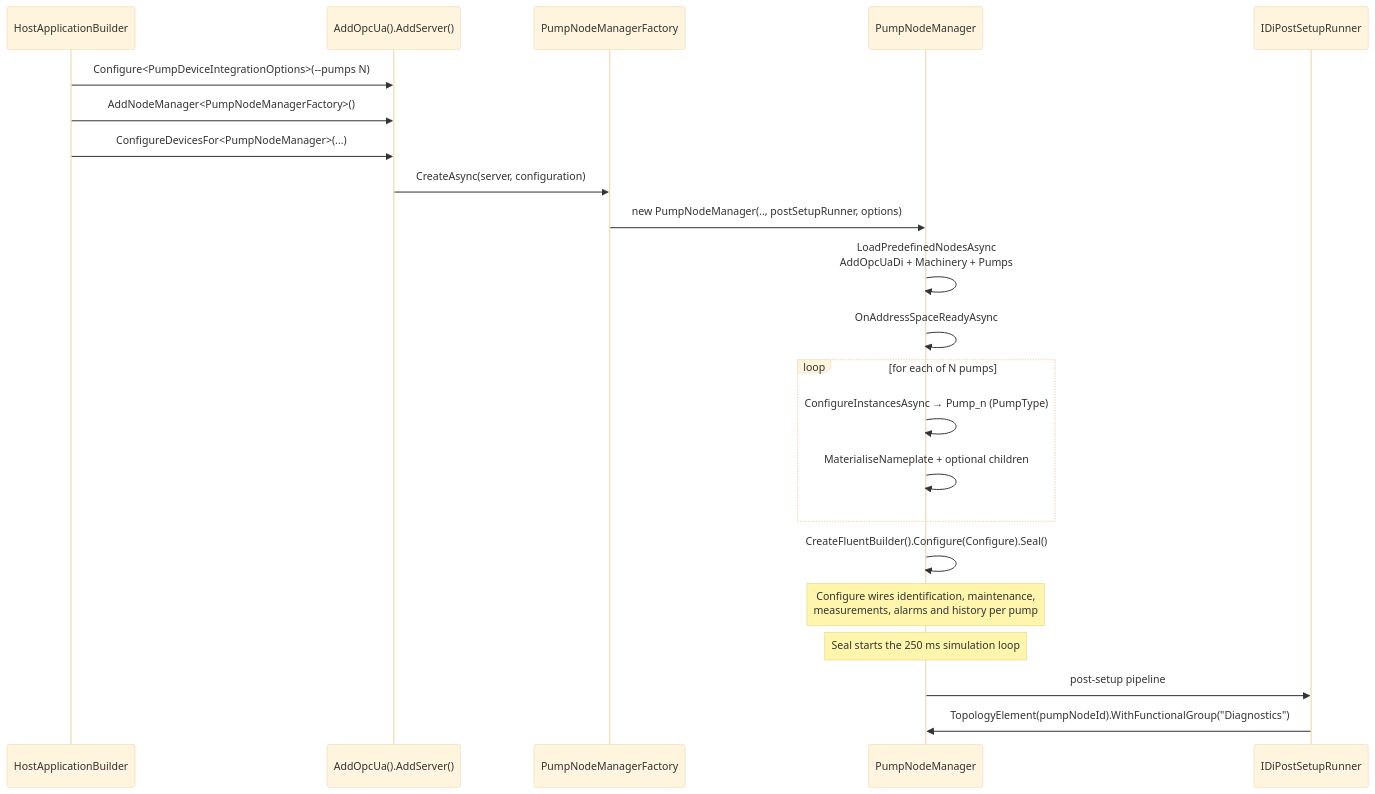
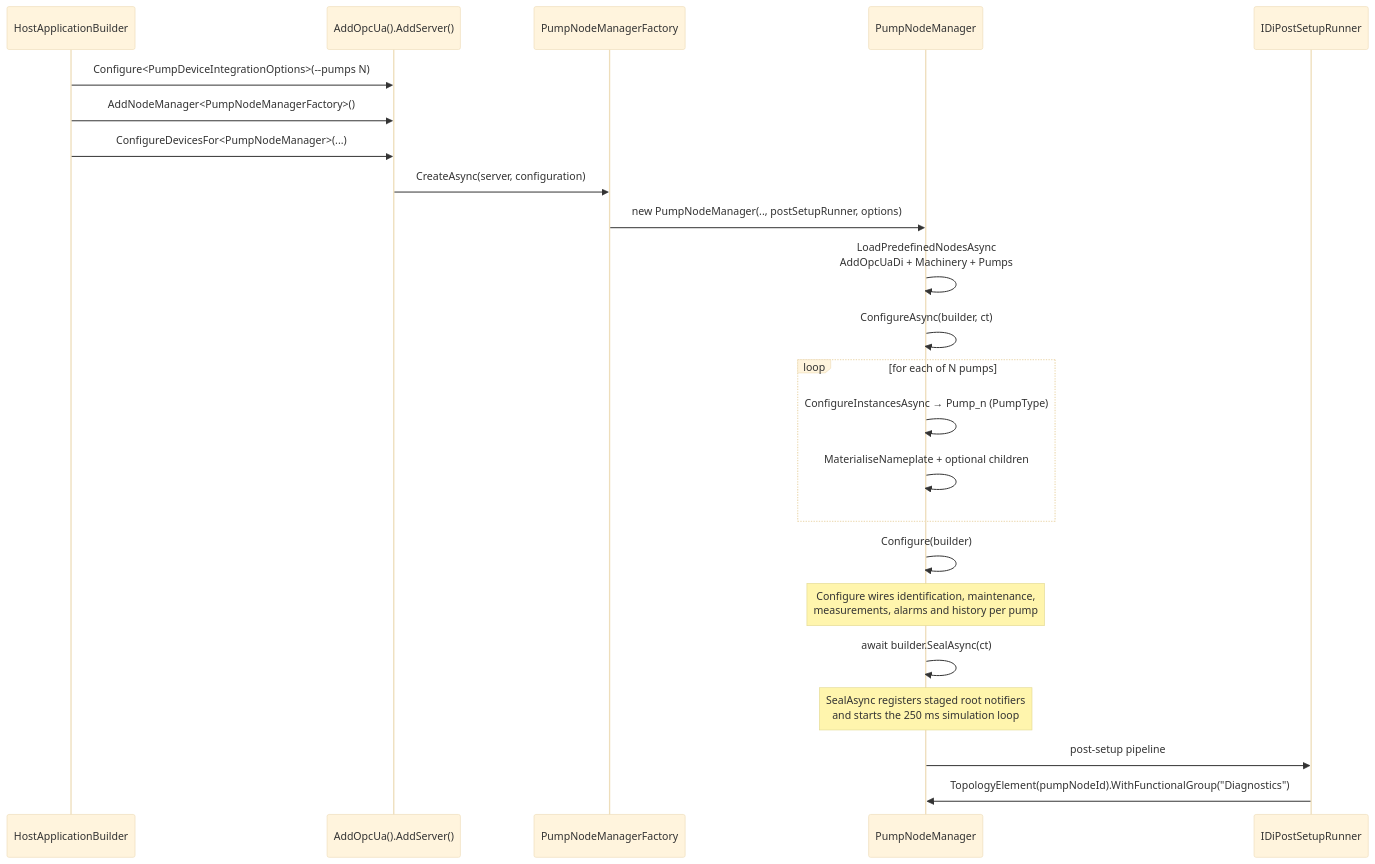
The second of 3 diagrams in samples/DI/PumpDeviceIntegrationServer/README.md (OPCFoundation/UA-.NETStandard), drawn with Mermaid (base theme) before and after one commit. The commit also changed 34 other files, not shown here.

````diff
--- a/samples/DI/PumpDeviceIntegrationServer/README.md
+++ b/samples/DI/PumpDeviceIntegrationServer/README.md
@@ -148,25 +148,26 @@
 ```mermaid
 sequenceDiagram
     participant Host as HostApplicationBuilder
     participant DI as AddOpcUa().AddServer()
     participant Factory as PumpNodeManagerFactory
     participant NM as PumpNodeManager
     participant Runner as IDiPostSetupRunner
 
     Host->>DI: Configure<PumpDeviceIntegrationOptions>(--pumps N)
     Host->>DI: AddNodeManager<PumpNodeManagerFactory>()
     Host->>DI: ConfigureDevicesFor<PumpNodeManager>(...)
     DI->>Factory: CreateAsync(server, configuration)
     Factory->>NM: new PumpNodeManager(.., postSetupRunner, options)
     NM->>NM: LoadPredefinedNodesAsync<br/>AddOpcUaDi + Machinery + Pumps
-    NM->>NM: OnAddressSpaceReadyAsync
+    NM->>NM: ConfigureAsync(builder, ct)
     loop for each of N pumps
         NM->>NM: ConfigureInstancesAsync → Pump_n (PumpType)
         NM->>NM: MaterialiseNameplate + optional children
     end
-    NM->>NM: CreateFluentBuilder().Configure(Configure).Seal()
+    NM->>NM: Configure(builder)
     Note over NM: Configure wires identification, maintenance,<br/>measurements, alarms and history per pump
-    Note over NM: Seal starts the 250 ms simulation loop
+    NM->>NM: await builder.SealAsync(ct)
+    Note over NM: SealAsync registers staged root notifiers<br/>and starts the 250 ms simulation loop
     NM->>Runner: post-setup pipeline
     Runner->>NM: TopologyElement(pumpNodeId).WithFunctionalGroup("Diagnostics")
 ```
````
